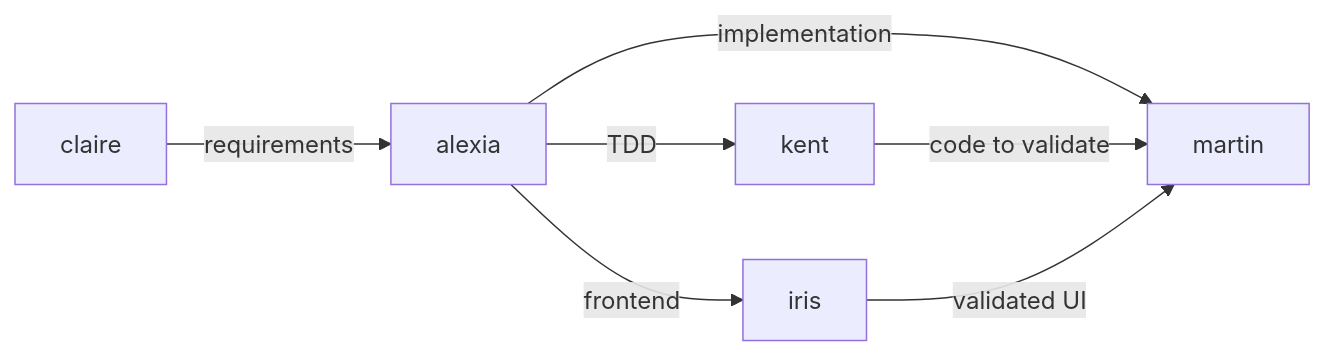
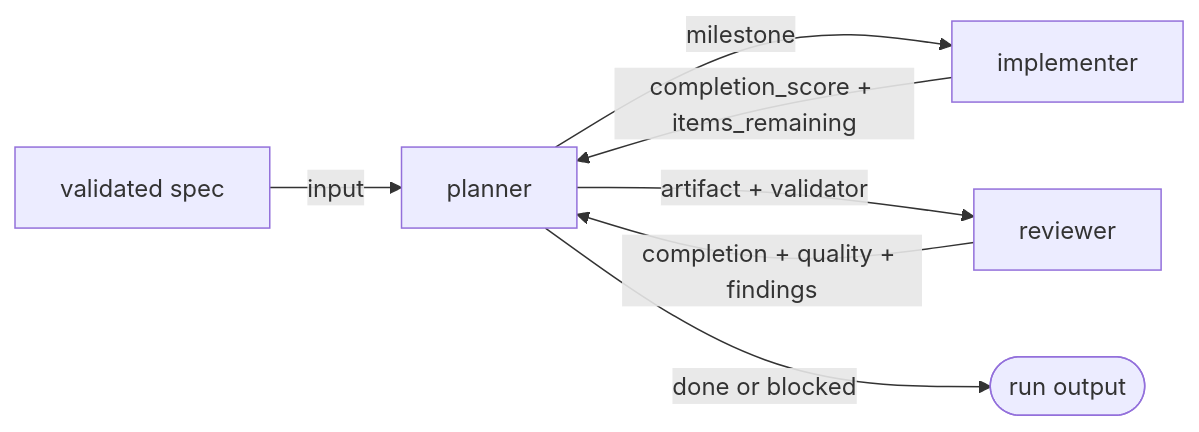
Before and after one commit to ai-driven-dev/framework: the diagram in plugins/aidd-context/skills/03-context-generate/references/agents-coordination.md, drawn with Mermaid. The commit also changed other lines of this file and 18 other files, not shown here.

````diff
--- a/plugins/aidd-context/skills/03-context-generate/references/agents-coordination.md
+++ b/plugins/aidd-context/skills/03-context-generate/references/agents-coordination.md
@@ -20,9 +18,9 @@
 ```mermaid
 graph LR
-    claire -->|requirements| alexia
-    alexia -->|implementation| martin
-    alexia -->|frontend| iris
-    alexia -->|TDD| kent
-    kent -->|code to validate| martin
-    iris -->|validated UI| martin
+    spec[validated spec] -->|input| planner
+    planner -->|milestone| implementer
+    implementer -->|completion_score + items_remaining| planner
+    planner -->|artifact + validator| reviewer
+    reviewer -->|completion + quality + findings| planner
+    planner -->|done or blocked| done([run output])
 ```
````
